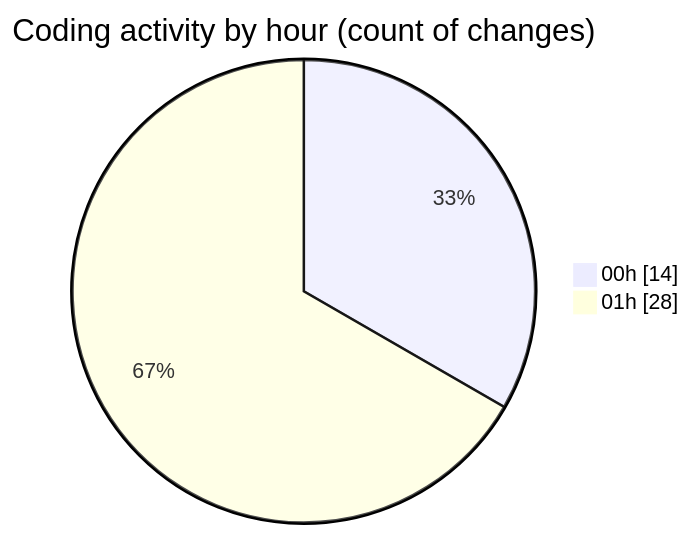
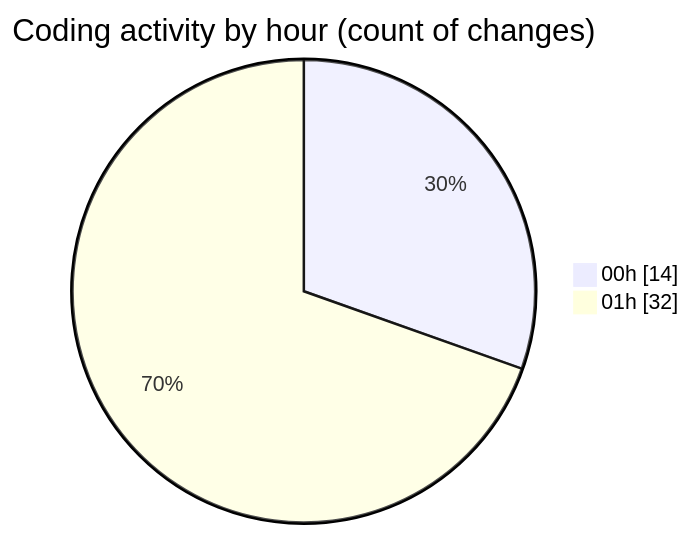
The second of 2 diagrams in 2025-01-11/good-pr/README.md (momahboobian/code-tracking), drawn with Mermaid before and after one commit. The commit also changed other lines of this file and 1 other file, not shown here.

````diff
--- a/2025-01-11/good-pr/README.md
+++ b/2025-01-11/good-pr/README.md
@@ -47,6 +47,6 @@
 ```mermaid
 pie showData
 title Coding activity by hour (count of changes)
 "00h" : 14
-"01h" : 28
+"01h" : 32
 ```
````
